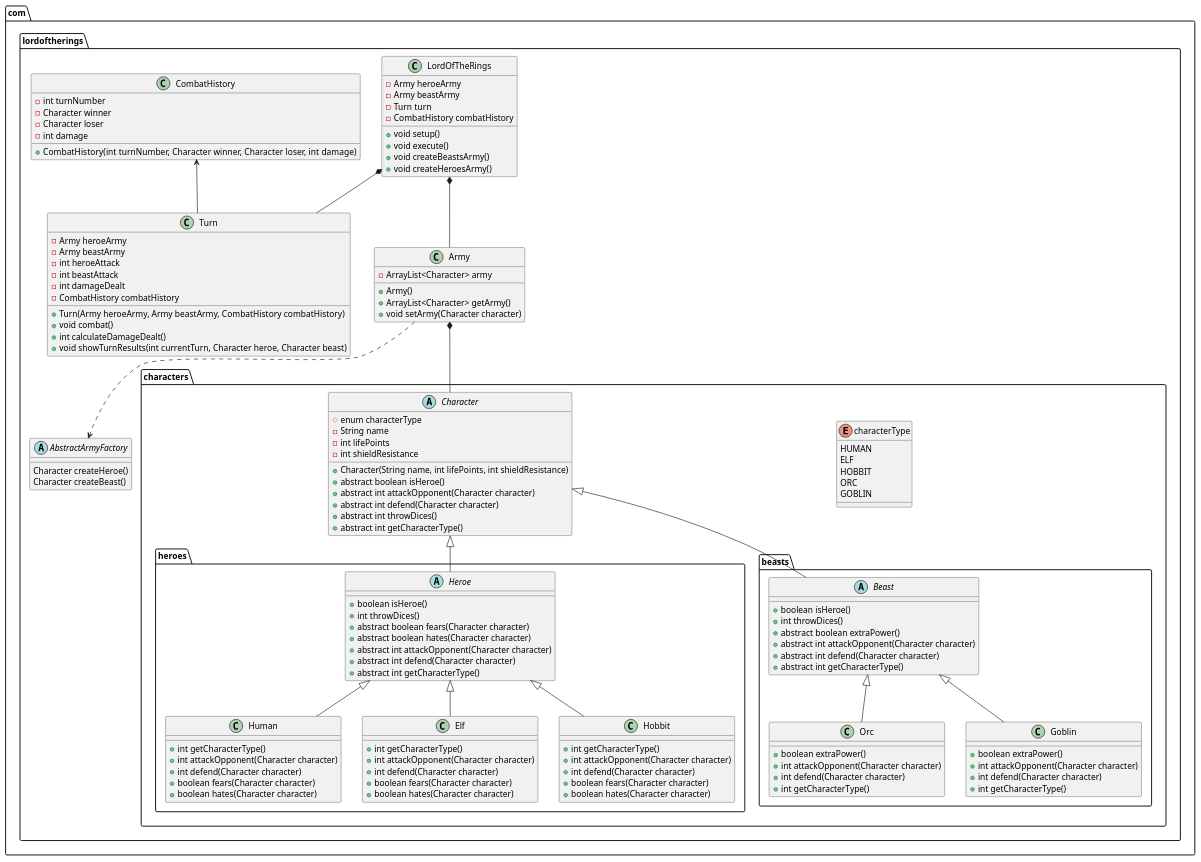
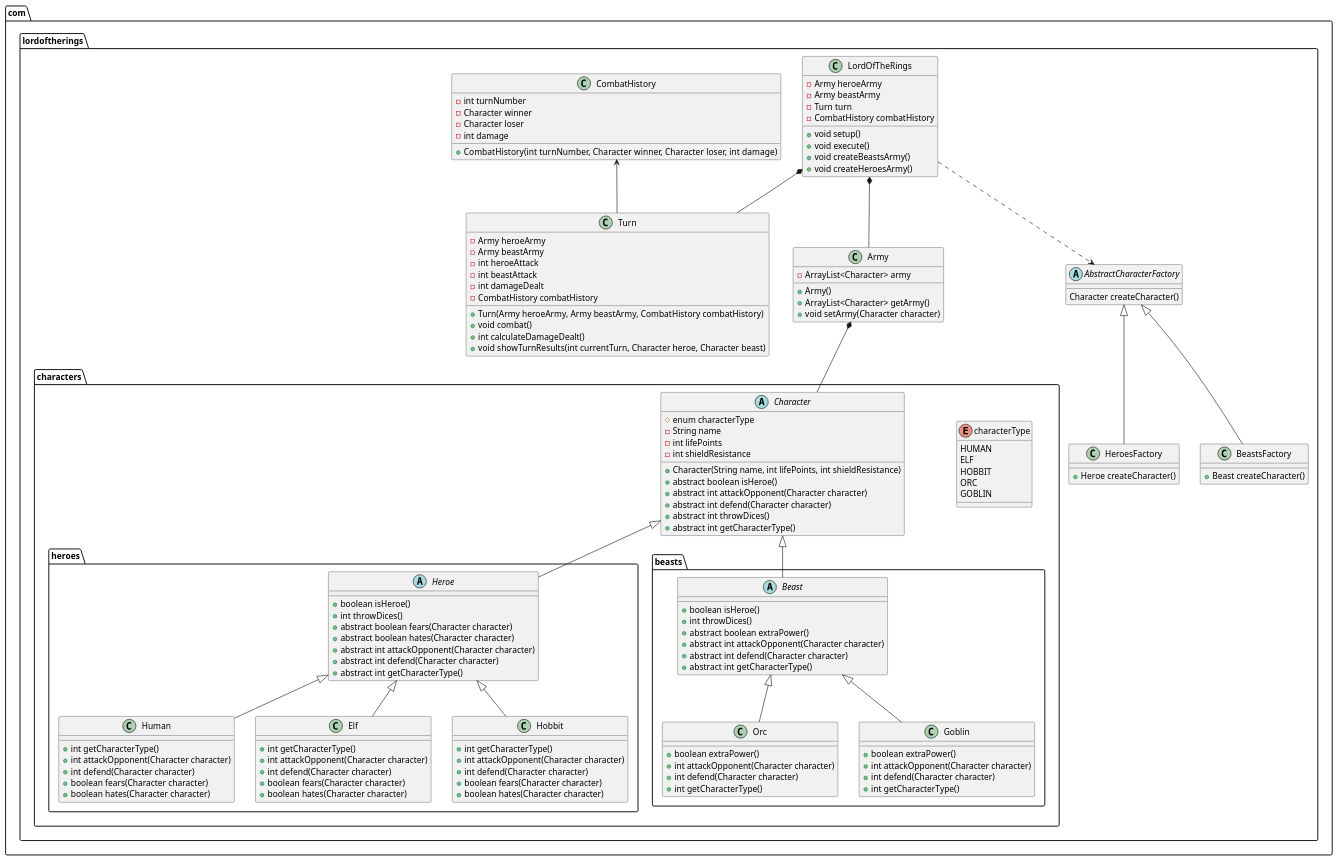
One commit to daniel-Lopez-telus/LordOfTheRings changed the diagram in docs/ClassDiagram.puml. Above: the diagram before and after it, drawn with PlantUML. The commit also changed 6 other files, not shown here.

Commit message:
abstract factory pattern created

```diff
--- a/docs/ClassDiagram.puml
+++ b/docs/ClassDiagram.puml
@@ -1,158 +1,166 @@
 @startuml LordOfTheRings
 
 package com.lordoftherings{
     class LordOfTheRings{
         -Army heroeArmy
         -Army beastArmy
         -Turn turn
         -CombatHistory combatHistory
 
         +void setup()
         +void execute()
         +void createBeastsArmy()
         +void createHeroesArmy()
     }
 
     class Turn{
         -Army heroeArmy
         -Army beastArmy
         -int heroeAttack
         -int beastAttack
         -int damageDealt
         -CombatHistory combatHistory
 
         +Turn(Army heroeArmy, Army beastArmy, CombatHistory combatHistory)
         +void combat()
         +int calculateDamageDealt()
         +void showTurnResults(int currentTurn, Character heroe, Character beast)
     }
 
     class CombatHistory{
         -int turnNumber
         -Character winner
         -Character loser
         -int damage
 
         +CombatHistory(int turnNumber, Character winner, Character loser, int damage)
     }
 
     package characters{
         enum characterType{
             HUMAN
             ELF
             HOBBIT
             ORC
             GOBLIN
         }
 
         abstract class Character{
             #enum characterType
             -String name
             -int lifePoints
             -int shieldResistance
 
             +Character(String name, int lifePoints, int shieldResistance)
             +abstract boolean isHeroe()
             +abstract int attackOpponent(Character character)
             +abstract int defend(Character character)
             +abstract int throwDices()
             +abstract int getCharacterType()
         }
 
         package heroes{
             abstract class Heroe{
                 +boolean isHeroe()
                 +int throwDices()
                 +abstract boolean fears(Character character)
                 +abstract boolean hates(Character character)
                 +abstract int attackOpponent(Character character)
                 +abstract int defend(Character character)
                 +abstract int getCharacterType()
             }
 
             class Human{            
                 +int getCharacterType()
                 +int attackOpponent(Character character)
                 +int defend(Character character)
                 +boolean fears(Character character)
                 +boolean hates(Character character)
             }
 
             class Elf{
                 +int getCharacterType()
                 +int attackOpponent(Character character)
                 +int defend(Character character)
                 +boolean fears(Character character)
                 +boolean hates(Character character)
             }
 
             class Hobbit{
                 +int getCharacterType()
                 +int attackOpponent(Character character)
                 +int defend(Character character)
                 +boolean fears(Character character)
                 +boolean hates(Character character)
             }
         }
 
         package beasts{
             abstract class Beast{
                 +boolean isHeroe()
                 +int throwDices()
                 +abstract boolean extraPower()
                 +abstract int attackOpponent(Character character)
                 +abstract int defend(Character character)
                 +abstract int getCharacterType()
             }
 
             class Orc{
                 +boolean extraPower()
                 +int attackOpponent(Character character)
                 +int defend(Character character)
                 +int getCharacterType()
             }
 
             class Goblin{
                 +boolean extraPower()
                 +int attackOpponent(Character character)
                 +int defend(Character character)
                 +int getCharacterType()
             }
         }
     }
 
     class Army{
         -ArrayList<Character> army
 
         +Army()
         +ArrayList<Character> getArmy()
         +void setArmy(Character character)
     }
 
-    abstract class AbstractArmyFactory {
-        Character createHeroe()
-        Character createBeast()
+    abstract class AbstractCharacterFactory {
+        Character createCharacter()
+    }
+
+    class HeroesFactory {
+        +Heroe createCharacter()
+    }
+
+    class BeastsFactory {
+        +Beast createCharacter()
     }
 }
 
 LordOfTheRings *-- Turn
 LordOfTheRings *-- Army
 
 Army *-- Character
 
 Character <|-- Heroe
 Character <|-- Beast
 
 Heroe <|-- Human
 Heroe <|-- Elf
 Heroe <|-- Hobbit
 
 Beast <|-- Orc
 Beast <|-- Goblin
 
 CombatHistory <-- Turn
 
-Army ..> AbstractArmyFactory
-
+LordOfTheRings ..> AbstractCharacterFactory
+AbstractCharacterFactory <|-- HeroesFactory
+AbstractCharacterFactory <|-- BeastsFactory
 
 @enduml
```
